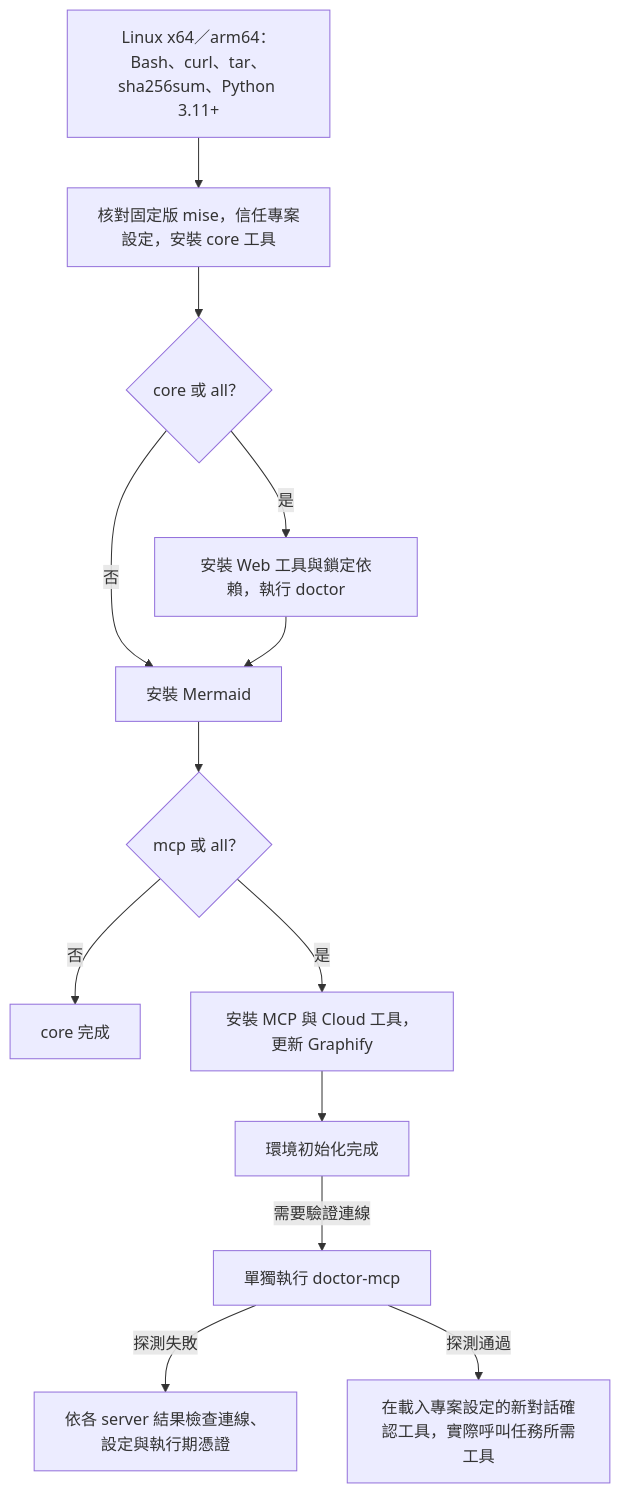
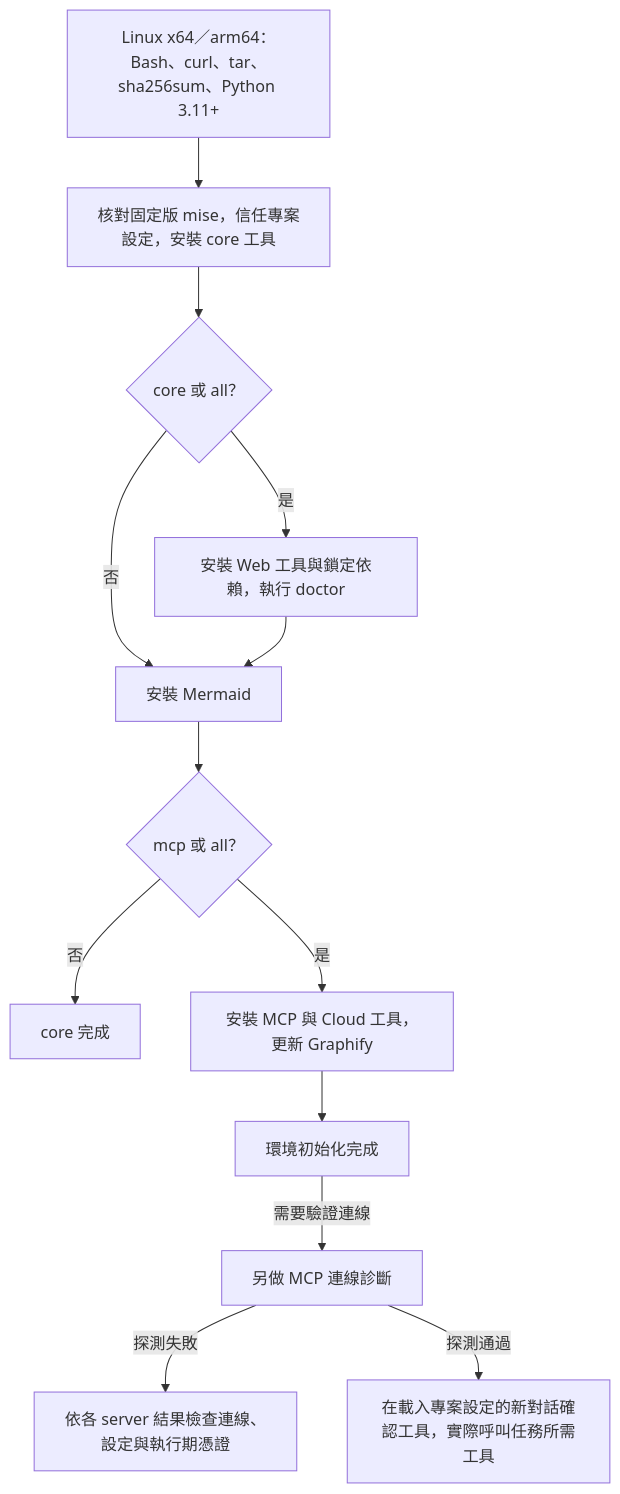
One commit to 963sup/line-mini-app-bot changed the first of 2 diagrams in docs/development/environment/setup.md. Above: the diagram before and after it, drawn with Mermaid. The commit also changed other lines of this file and 4 other files, not shown here.

````diff
--- a/docs/development/environment/setup.md
+++ b/docs/development/environment/setup.md
@@ -19,15 +19,15 @@
 ```mermaid
 flowchart TD
   A["Linux x64／arm64：Bash、curl、tar、sha256sum、Python 3.11+"] --> B["核對固定版 mise，信任專案設定，安裝 core 工具"]
   B --> W{"core 或 all？"}
   W -->|是| D["安裝 Web 工具與鎖定依賴，執行 doctor"]
   W -->|否| M["安裝 Mermaid"]
   D --> M
   M --> C{"mcp 或 all？"}
   C -->|否| E["core 完成"]
   C -->|是| G["安裝 MCP 與 Cloud 工具，更新 Graphify"]
   G --> J["環境初始化完成"]
-  J -->|需要驗證連線| K["單獨執行 doctor-mcp"]
+  J -->|需要驗證連線| K["另做 MCP 連線診斷"]
   K -->|探測失敗| F["依各 server 結果檢查連線、設定與執行期憑證"]
   K -->|探測通過| H["在載入專案設定的新對話確認工具，實際呼叫任務所需工具"]
 ```
````
